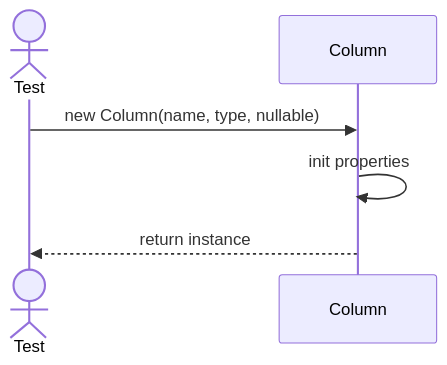
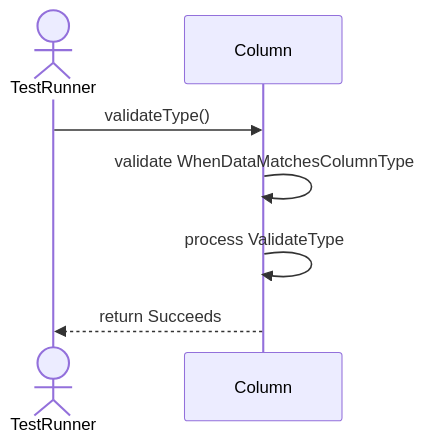
One commit to TamBui1706/DBMS changed the second of 7 diagrams in Sequences/DatabaseObjectManagement/Column.md. Above: the diagram before and after it, drawn with Mermaid. The commit also changed other lines of this file and 63 other files, not shown here.

Commit message:
Draw sequence diagram for unit tests

````diff
--- a/Sequences/DatabaseObjectManagement/Column.md
+++ b/Sequences/DatabaseObjectManagement/Column.md
@@ -15,9 +33,9 @@
 ```mermaid
 sequenceDiagram
-    actor Test
+    actor TestRunner
     participant Column
-
-    Test->>Column: new Column(name, type, nullable)
-    Column->>Column: init properties
-    Column-->>Test: return instance
+    TestRunner->>Column: validateType()
+    Column->>Column: validate WhenDataMatchesColumnType
+    Column->>Column: process ValidateType
+    Column-->>TestRunner: return Succeeds
 ```
````
